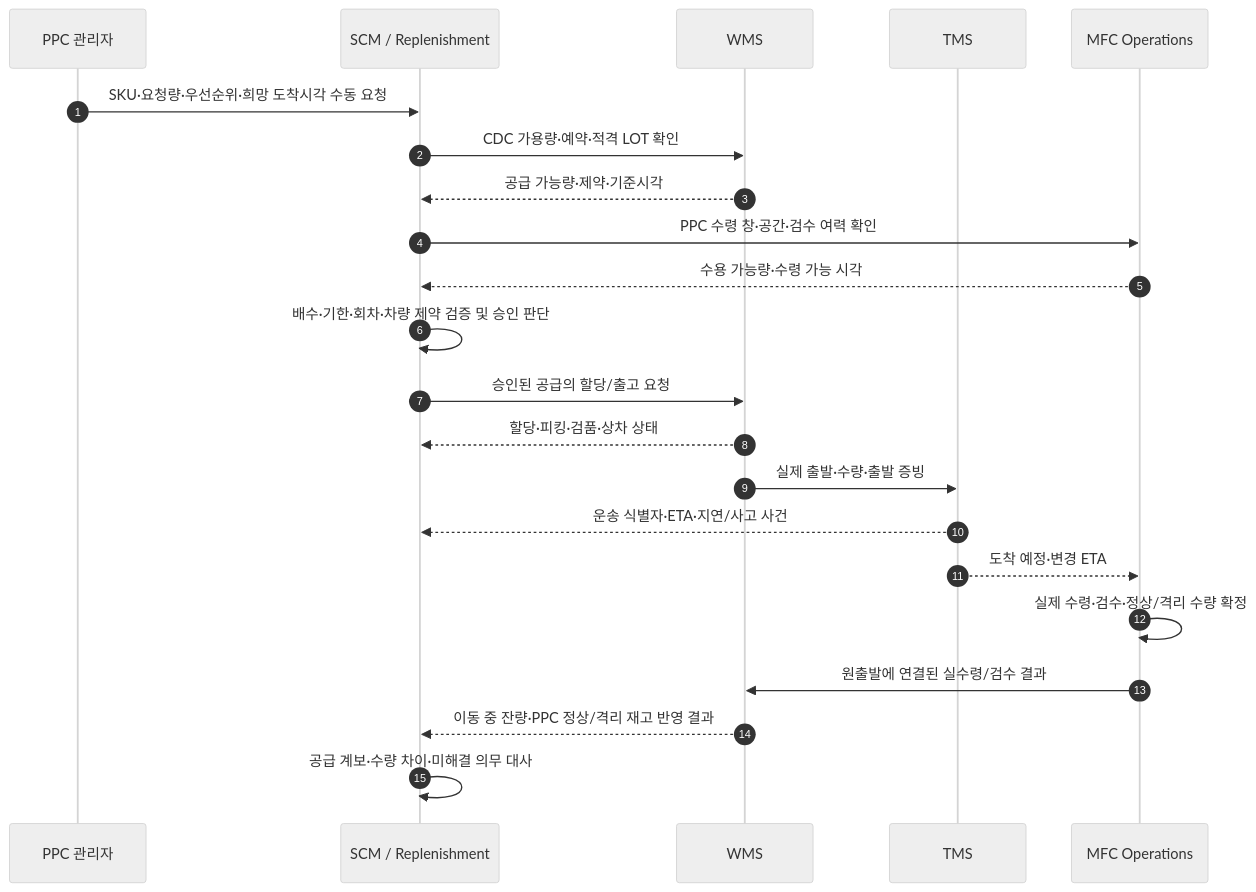
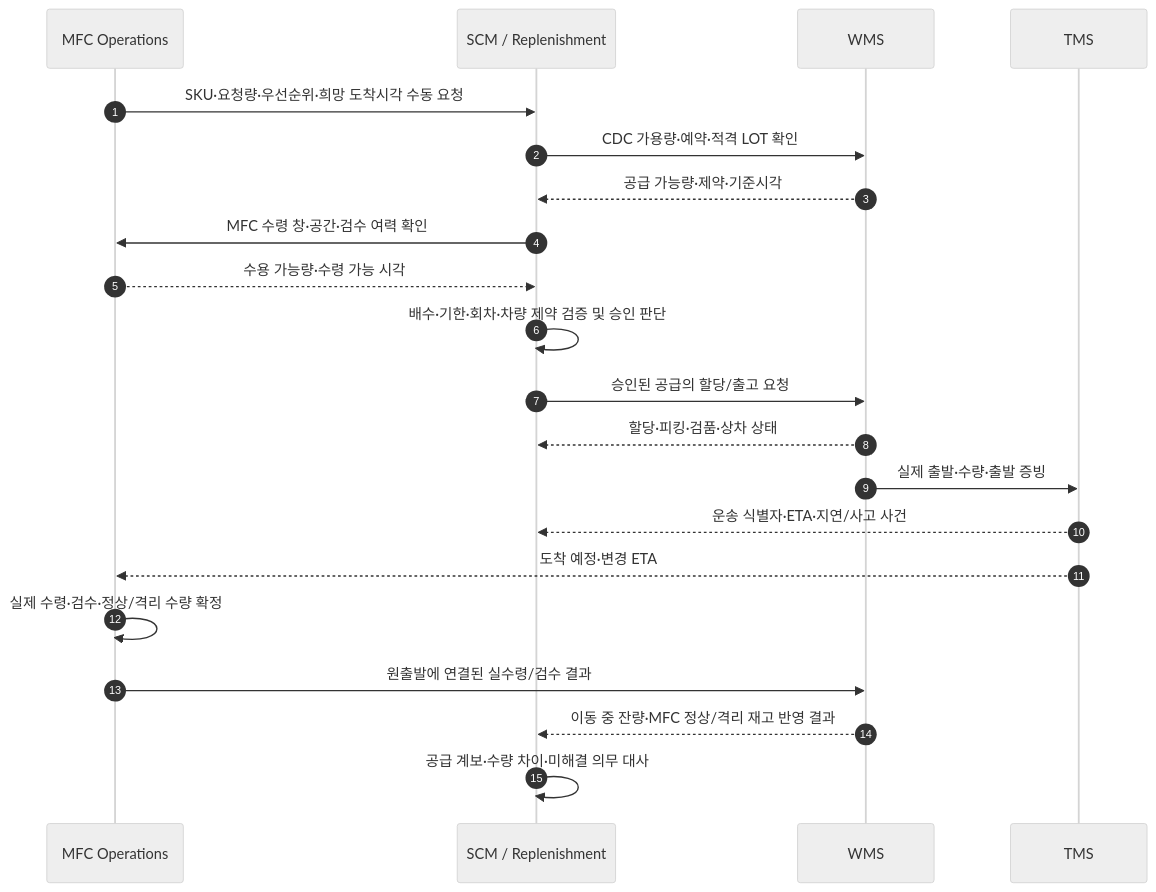
One commit to hsoh-collab/bmart-analysis changed the third of 8 diagrams in 03. v1-Logistics/TMS-SCM/SCM-Replenishment-business-logic-diagrams.md. Above: the diagram before and after it, drawn with Mermaid (neutral theme). The commit also changed other lines of this file and 3 other files, not shown here.

````diff
--- a/03. v1-Logistics/TMS-SCM/SCM-Replenishment-business-logic-diagrams.md
+++ b/03. v1-Logistics/TMS-SCM/SCM-Replenishment-business-logic-diagrams.md
@@ -75,24 +75,24 @@
 ```mermaid
 sequenceDiagram
     autonumber
-    participant PPC as PPC 관리자
+    participant MFC as MFC 관리자
     participant SCM as SCM / Replenishment
     participant WMS as WMS
     participant TMS as TMS
     participant MFC as MFC Operations
-    PPC->>SCM: SKU·요청량·우선순위·희망 도착시각 수동 요청
+    MFC->>SCM: SKU·요청량·우선순위·희망 도착시각 수동 요청
     SCM->>WMS: CDC 가용량·예약·적격 LOT 확인
     WMS-->>SCM: 공급 가능량·제약·기준시각
-    SCM->>MFC: PPC 수령 창·공간·검수 여력 확인
+    SCM->>MFC: MFC 수령 창·공간·검수 여력 확인
     MFC-->>SCM: 수용 가능량·수령 가능 시각
     SCM->>SCM: 배수·기한·회차·차량 제약 검증 및 승인 판단
     SCM->>WMS: 승인된 공급의 할당/출고 요청
     WMS-->>SCM: 할당·피킹·검품·상차 상태
     WMS->>TMS: 실제 출발·수량·출발 증빙
     TMS-->>SCM: 운송 식별자·ETA·지연/사고 사건
     TMS-->>MFC: 도착 예정·변경 ETA
     MFC->>MFC: 실제 수령·검수·정상/격리 수량 확정
     MFC->>WMS: 원출발에 연결된 실수령/검수 결과
-    WMS-->>SCM: 이동 중 잔량·PPC 정상/격리 재고 반영 결과
+    WMS-->>SCM: 이동 중 잔량·MFC 정상/격리 재고 반영 결과
     SCM->>SCM: 공급 계보·수량 차이·미해결 의무 대사
 ```
````
